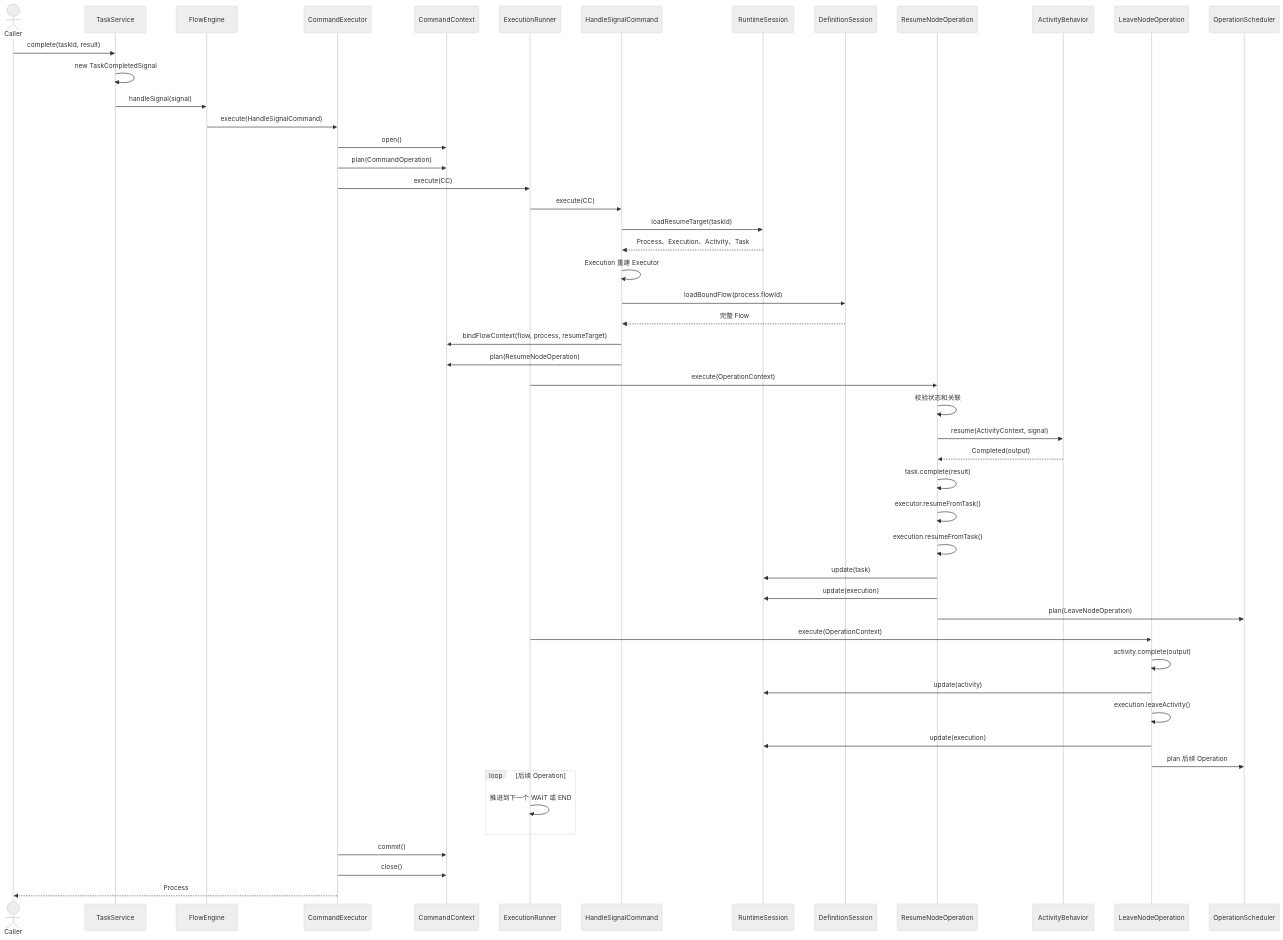
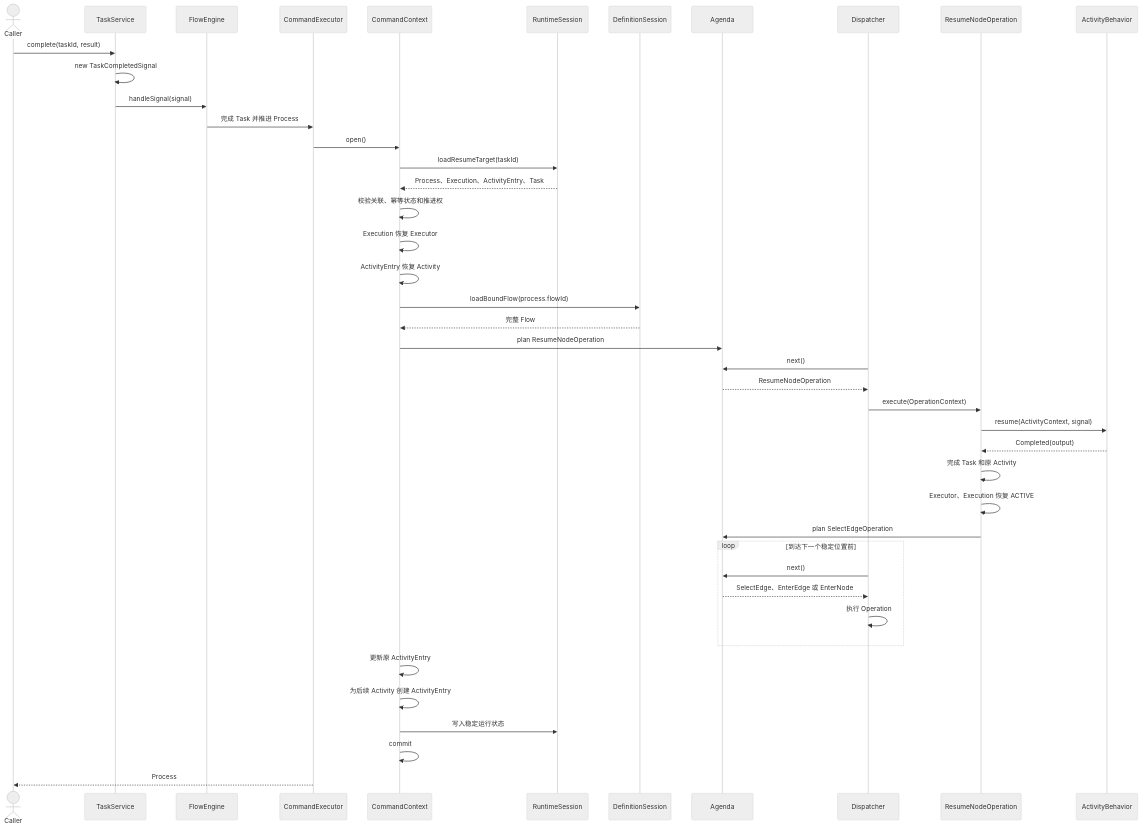
Before and after one commit to Eiddy5/flow: the third of 3 diagrams in docs/decisions/2026-07-14-workflow-core-architecture-v2.md, drawn with Mermaid (neutral theme). The commit also changed other lines of this file and 1 other file, not shown here.

````diff
--- a/docs/decisions/2026-07-14-workflow-core-architecture-v2.md
+++ b/docs/decisions/2026-07-14-workflow-core-architecture-v2.md
@@ -1292,59 +1314,48 @@
 ```mermaid
 sequenceDiagram
     actor Caller
     participant TS as TaskService
     participant FE as FlowEngine
     participant CE as CommandExecutor
     participant CC as CommandContext
-    participant ER as ExecutionRunner
-    participant CMD as HandleSignalCommand
     participant RS as RuntimeSession
     participant DS as DefinitionSession
+    participant A as Agenda
+    participant D as Dispatcher
     participant RN as ResumeNodeOperation
     participant BEH as ActivityBehavior
-    participant LV as LeaveNodeOperation
-    participant OS as OperationScheduler
 
     Caller->>TS: complete(taskId, result)
     TS->>TS: new TaskCompletedSignal
     TS->>FE: handleSignal(signal)
-    FE->>CE: execute(HandleSignalCommand)
+    FE->>CE: 完成 Task 并推进 Process
     CE->>CC: open()
-    CE->>CC: plan(CommandOperation)
-    CE->>ER: execute(CC)
-
-    ER->>CMD: execute(CC)
-    CMD->>RS: loadResumeTarget(taskId)
-    RS-->>CMD: Process、Execution、Activity、Task
-    CMD->>CMD: Execution 重建 Executor
-    CMD->>DS: loadBoundFlow(process.flowId)
-    DS-->>CMD: 完整 Flow
-    CMD->>CC: bindFlowContext(flow, process, resumeTarget)
-    CMD->>CC: plan(ResumeNodeOperation)
-
-    ER->>RN: execute(OperationContext)
-    RN->>RN: 校验状态和关联
+    CC->>RS: loadResumeTarget(taskId)
+    RS-->>CC: Process、Execution、ActivityEntry、Task
+    CC->>CC: 校验关联、幂等状态和推进权
+    CC->>CC: Execution 恢复 Executor
+    CC->>CC: ActivityEntry 恢复 Activity
+    CC->>DS: loadBoundFlow(process.flowId)
+    DS-->>CC: 完整 Flow
+    CC->>A: plan ResumeNodeOperation
+    D->>A: next()
+    A-->>D: ResumeNodeOperation
+    D->>RN: execute(OperationContext)
     RN->>BEH: resume(ActivityContext, signal)
     BEH-->>RN: Completed(output)
-    RN->>RN: task.complete(result)
-    RN->>RN: executor.resumeFromTask()
-    RN->>RN: execution.resumeFromTask()
-    RN->>RS: update(task)
-    RN->>RS: update(execution)
-    RN->>OS: plan(LeaveNodeOperation)
+    RN->>RN: 完成 Task 和原 Activity
+    RN->>RN: Executor、Execution 恢复 ACTIVE
+    RN->>A: plan SelectEdgeOperation
 
-    ER->>LV: execute(OperationContext)
-    LV->>LV: activity.complete(output)
-    LV->>RS: update(activity)
-    LV->>LV: execution.leaveActivity()
-    LV->>RS: update(execution)
-    LV->>OS: plan 后续 Operation
-
-    loop 后续 Operation
-        ER->>ER: 推进到下一个 WAIT 或 END
+    loop 到达下一个稳定位置前
+        D->>A: next()
+        A-->>D: SelectEdge、EnterEdge 或 EnterNode
+        D->>D: 执行 Operation
     end
 
-    CE->>CC: commit()
-    CE->>CC: close()
+    CC->>CC: 更新原 ActivityEntry
+    CC->>CC: 为后续 Activity 创建 ActivityEntry
+    CC->>RS: 写入稳定运行状态
+    CC->>CC: commit
     CE-->>Caller: Process
 ```
````
